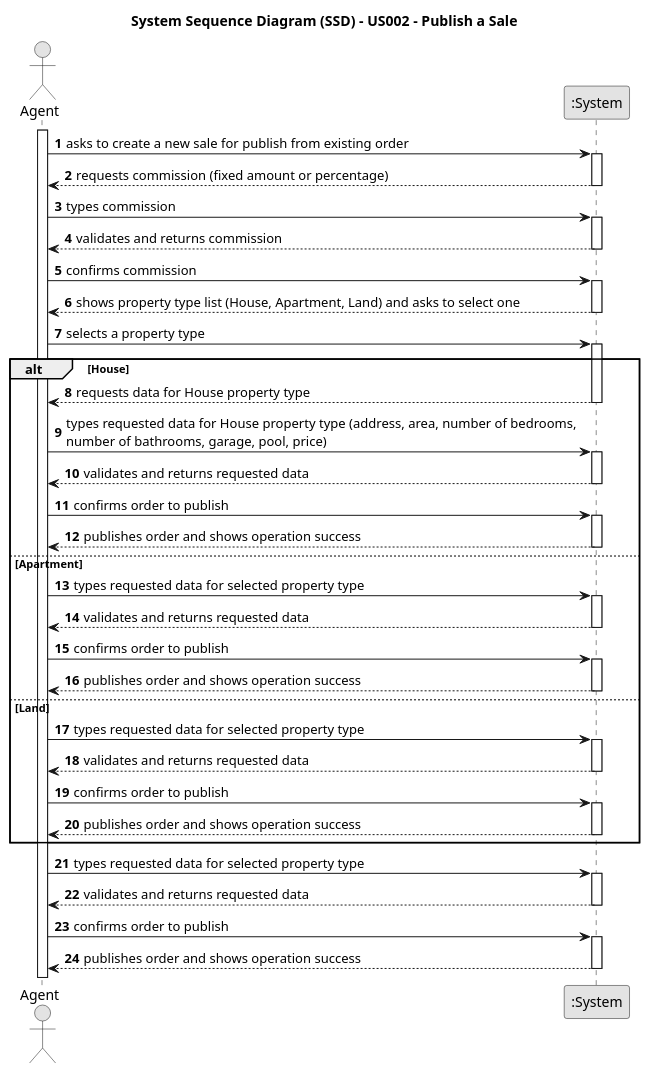
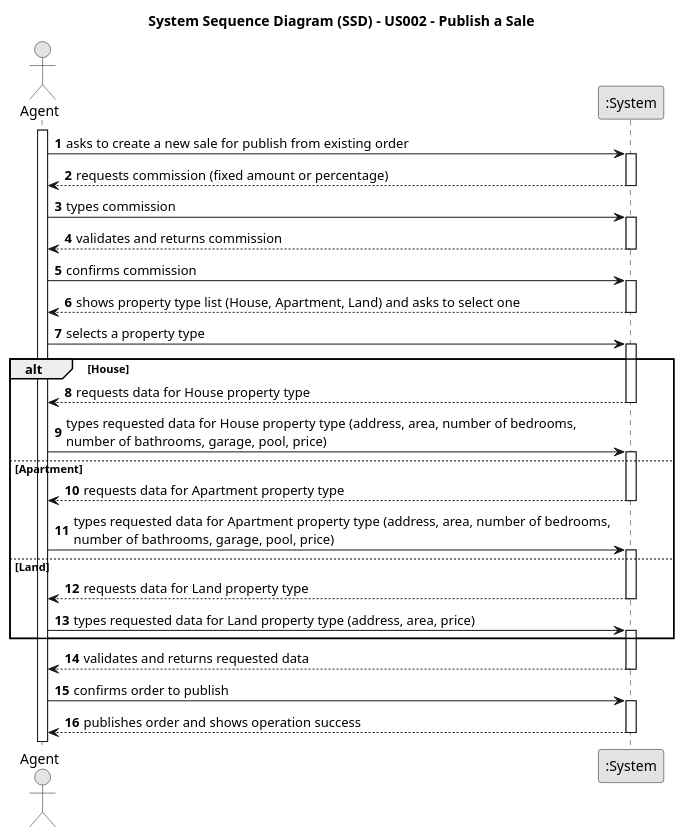
The diagram in docs/sprintB/us002/01.requirements-engineering/puml/us002-system-sequence-diagram-alternative-two.puml (Goncalves2525/real-estate-management-system), drawn with PlantUML before and after one commit. The commit also changed 21 other files, not shown here.

```diff
--- a/docs/sprintB/us002/01.requirements-engineering/puml/us002-system-sequence-diagram-alternative-two.puml
+++ b/docs/sprintB/us002/01.requirements-engineering/puml/us002-system-sequence-diagram-alternative-two.puml
@@ -1,90 +1,68 @@
 @startuml
 skinparam monochrome true
 skinparam packageStyle rectangle
 skinparam shadowing false
 
 title System Sequence Diagram (SSD) - US002 - Publish a Sale
 
 autonumber
 
 actor "Agent" as Agent
 participant ":System" as System
 
 activate Agent
 
     Agent -> System : asks to create a new sale for publish from existing order
     activate System
 
     System --> Agent : requests commission (fixed amount or percentage)
     deactivate System
 
     Agent -> System : types commission
     activate System
 
     System --> Agent : validates and returns commission
     deactivate System
 
     Agent -> System : confirms commission
     activate System
 
     System --> Agent : shows property type list (House, Apartment, Land) and asks to select one
     deactivate System
 
     Agent -> System : selects a property type
     activate System
 
     alt House
 
         System --> Agent : requests data for House property type
         deactivate System
 
         Agent -> System : types requested data for House property type (address, area, number of bedrooms, \nnumber of bathrooms, garage, pool, price)
         activate System
 
-        System --> Agent : validates and returns requested data
+    else  Apartment
+
+        System --> Agent : requests data for Apartment property type
         deactivate System
 
-        Agent -> System : confirms order to publish
+        Agent -> System : types requested data for Apartment property type (address, area, number of bedrooms, \nnumber of bathrooms, garage, pool, price)
         activate System
+    else  Land
 
-        System --> Agent : publishes order and shows operation success
-        deactivate System
-    else  Apartment
-        Agent -> System : types requested data for selected property type
-        activate System
-
-            System --> Agent : validates and returns requested data
+        System --> Agent : requests data for Land property type
         deactivate System
 
-        Agent -> System : confirms order to publish
+        Agent -> System : types requested data for Land property type (address, area, price)
         activate System
-
-        System --> Agent : publishes order and shows operation success
-        deactivate System
-    else  Land
-        Agent -> System : types requested data for selected property type
-        activate System
-
-            System --> Agent : validates and returns requested data
-        deactivate System
-
-        Agent -> System : confirms order to publish
-        activate System
-
-        System --> Agent : publishes order and shows operation success
-        deactivate System
     end
-
-    Agent -> System : types requested data for selected property type
-    activate System
-
-        System --> Agent : validates and returns requested data
+    System --> Agent : validates and returns requested data
     deactivate System
 
     Agent -> System : confirms order to publish
     activate System
 
     System --> Agent : publishes order and shows operation success
     deactivate System
 
 @enduml
```
